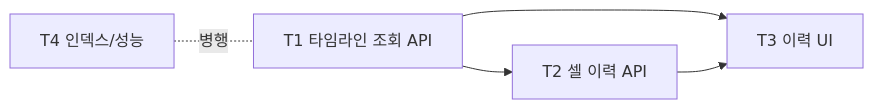
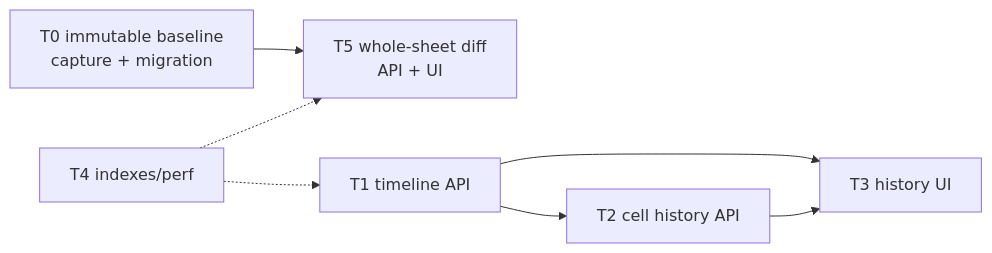
Before and after one commit to Middleages/process-condition-manager: the diagram in plan/phase-4-tasks.md, drawn with Mermaid. The commit also changed other lines of this file and 6 other files, not shown here.

````diff
--- a/plan/phase-4-tasks.md
+++ b/plan/phase-4-tasks.md
@@ -28,7 +35,9 @@
 ```mermaid
 flowchart LR
-    T1[T1 타임라인 조회 API] --> T2[T2 셀 이력 API]
-    T1 --> T3[T3 이력 UI]
+    T0[T0 immutable baseline<br/>capture + migration] --> T5[T5 whole-sheet diff<br/>API + UI]
+    T1[T1 timeline API] --> T2[T2 cell history API]
+    T1 --> T3[T3 history UI]
     T2 --> T3
-    T4[T4 인덱스/성능] -.병행.- T1
+    T4[T4 indexes/perf] -.-> T1
+    T4 -.-> T5
 ```
````
